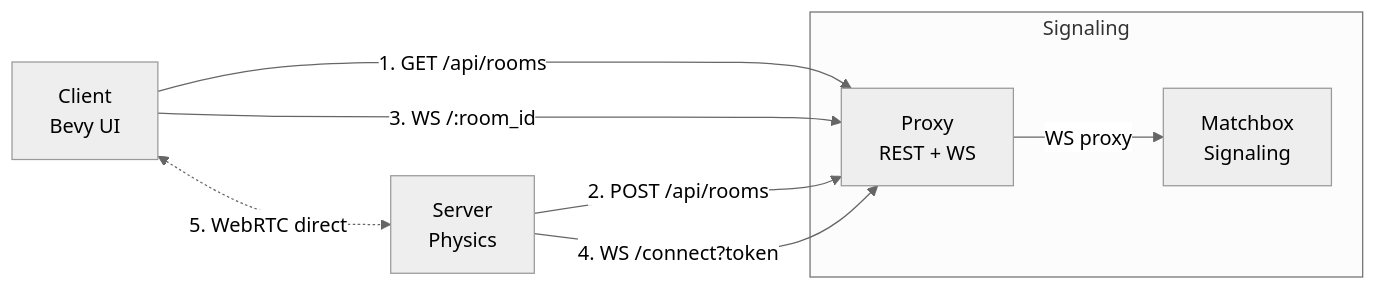
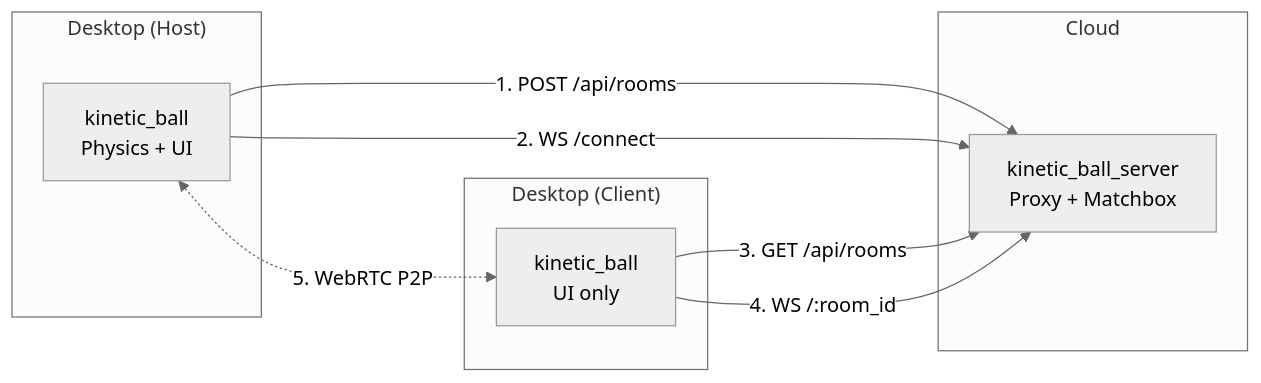
The diagram in README.md (anibalanto/kinetic_ball), drawn with Mermaid (neutral theme) before and after one commit. The commit also changed other lines of this file and 32 other files, not shown here.

````diff
--- a/README.md
+++ b/README.md
@@ -93,17 +92,20 @@
 ```mermaid
 flowchart LR
-    subgraph Signaling
-        P[Proxy<br/>REST + WS]
-        M[Matchbox<br/>Signaling]
+    subgraph Cloud
+        KBS[kinetic_ball_server<br/>Proxy + Matchbox]
     end
 
-    C[Client<br/>Bevy UI]
-    S[Server<br/>Physics]
+    subgraph "Desktop (Host)"
+        H[kinetic_ball<br/>Physics + UI]
+    end
 
-    C -->|1. GET /api/rooms| P
-    S -->|2. POST /api/rooms| P
-    C -->|3. WS /:room_id| P
-    S -->|4. WS /connect?token| P
-    P -->|WS proxy| M
-    C <-.->|5. WebRTC direct| S
+    subgraph "Desktop (Client)"
+        C[kinetic_ball<br/>UI only]
+    end
+
+    H -->|1. POST /api/rooms| KBS
+    H -->|2. WS /connect| KBS
+    C -->|3. GET /api/rooms| KBS
+    C -->|4. WS /:room_id| KBS
+    H <-.->|5. WebRTC P2P| C
 ```
````
